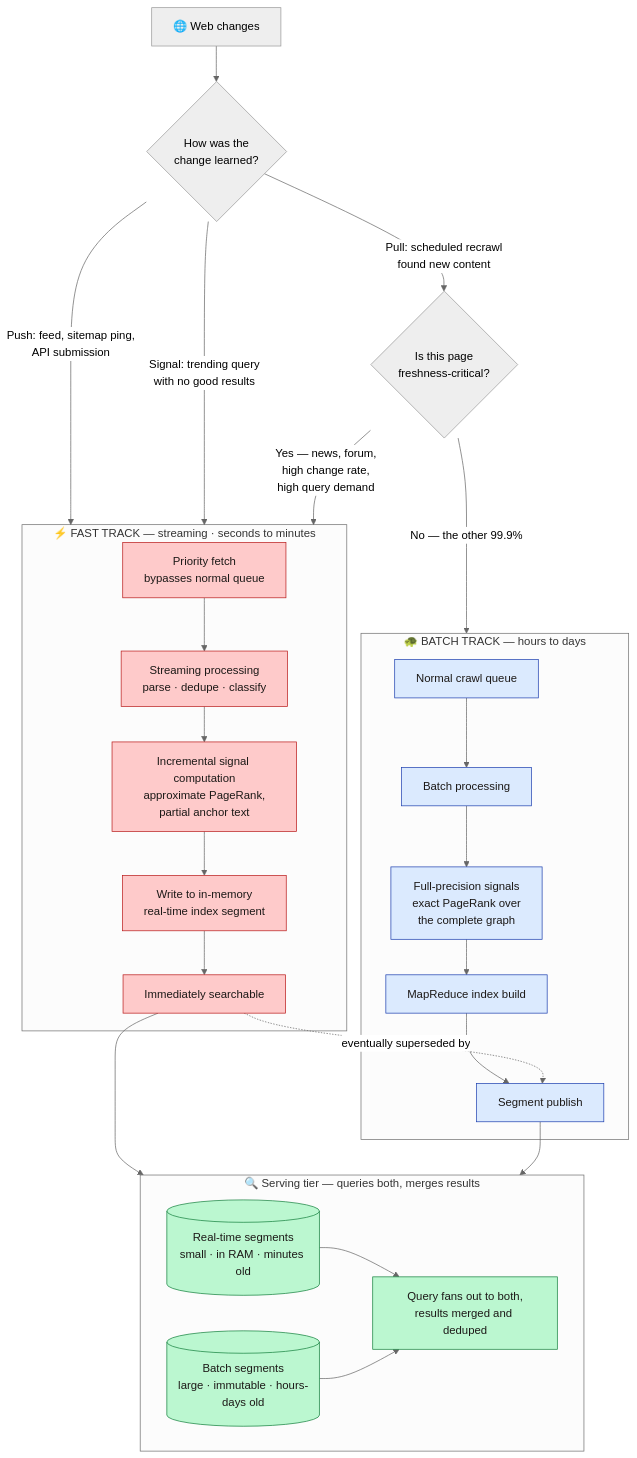
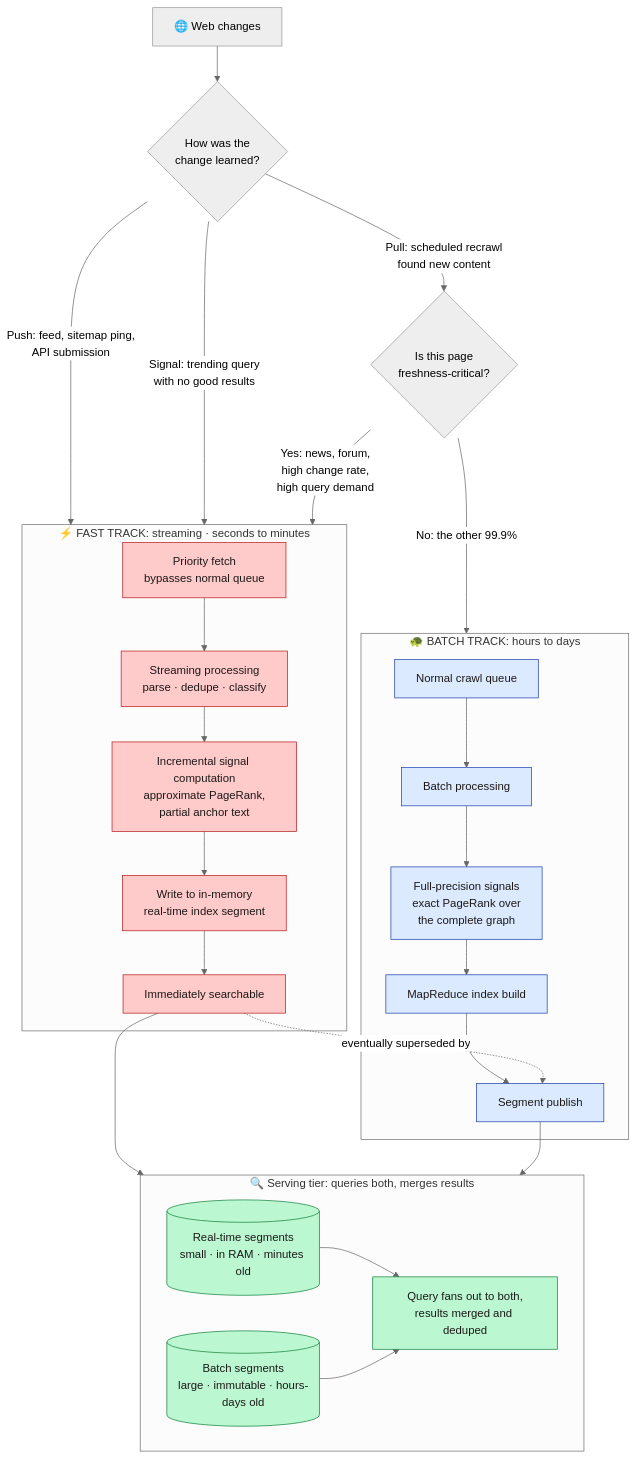
One commit to ahmedselimmansor-ctrl/google-search-system-design changed the first of 4 diagrams in docs/en/11-freshness.md. Above: the diagram before and after it, drawn with Mermaid (neutral theme). The commit also changed other lines of this file and 89 other files, not shown here.

````diff
--- a/docs/en/11-freshness.md
+++ b/docs/en/11-freshness.md
@@ -23,51 +23,51 @@
 ```mermaid
 flowchart TB
     WEB["🌐 Web changes"]
 
     WEB --> DETECT{"How was the<br/>change learned?"}
 
     DETECT -->|"Push: feed, sitemap ping,<br/>API submission"| FAST
     DETECT -->|"Pull: scheduled recrawl<br/>found new content"| CLASSIFY
     DETECT -->|"Signal: trending query<br/>with no good results"| FAST
 
-    CLASSIFY{"Is this page<br/>freshness-critical?"} -->|"Yes — news, forum,<br/>high change rate,<br/>high query demand"| FAST
-    CLASSIFY -->|"No — the other 99.9%"| SLOW
+    CLASSIFY{"Is this page<br/>freshness-critical?"} -->|"Yes: news, forum,<br/>high change rate,<br/>high query demand"| FAST
+    CLASSIFY -->|"No: the other 99.9%"| SLOW
 
-    subgraph FAST["⚡ FAST TRACK — streaming · seconds to minutes"]
+    subgraph FAST["⚡ FAST TRACK: streaming · seconds to minutes"]
         F1["Priority fetch<br/>bypasses normal queue"]
         F2["Streaming processing<br/>parse · dedupe · classify"]
         F3["Incremental signal computation<br/>approximate PageRank,<br/>partial anchor text"]
         F4["Write to in-memory<br/>real-time index segment"]
         F5["Immediately searchable"]
         F1 --> F2 --> F3 --> F4 --> F5
     end
 
-    subgraph SLOW["🐢 BATCH TRACK — hours to days"]
+    subgraph SLOW["🐢 BATCH TRACK: hours to days"]
         S1["Normal crawl queue"]
         S2["Batch processing"]
         S3["Full-precision signals<br/>exact PageRank over<br/>the complete graph"]
         S4["MapReduce index build"]
         S5["Segment publish"]
         S1 --> S2 --> S3 --> S4 --> S5
     end
 
     F5 --> SERVE
     S5 --> SERVE
 
-    subgraph SERVE["🔍 Serving tier — queries both, merges results"]
+    subgraph SERVE["🔍 Serving tier: queries both, merges results"]
         M1[("Real-time segments<br/>small · in RAM · minutes old")]
         M2[("Batch segments<br/>large · immutable · hours-days old")]
         M3["Query fans out to both,<br/>results merged and deduped"]
         M1 --> M3
         M2 --> M3
     end
 
     F5 -.eventually superseded by.-> S5
 
     classDef fast fill:#fecaca,stroke:#b91c1c,color:#1c1917
     classDef slow fill:#dbeafe,stroke:#1e40af,color:#1c1917
     classDef serve fill:#bbf7d0,stroke:#15803d,color:#1c1917
     class F1,F2,F3,F4,F5 fast
     class S1,S2,S3,S4,S5 slow
     class M1,M2,M3 serve
 ```
````
